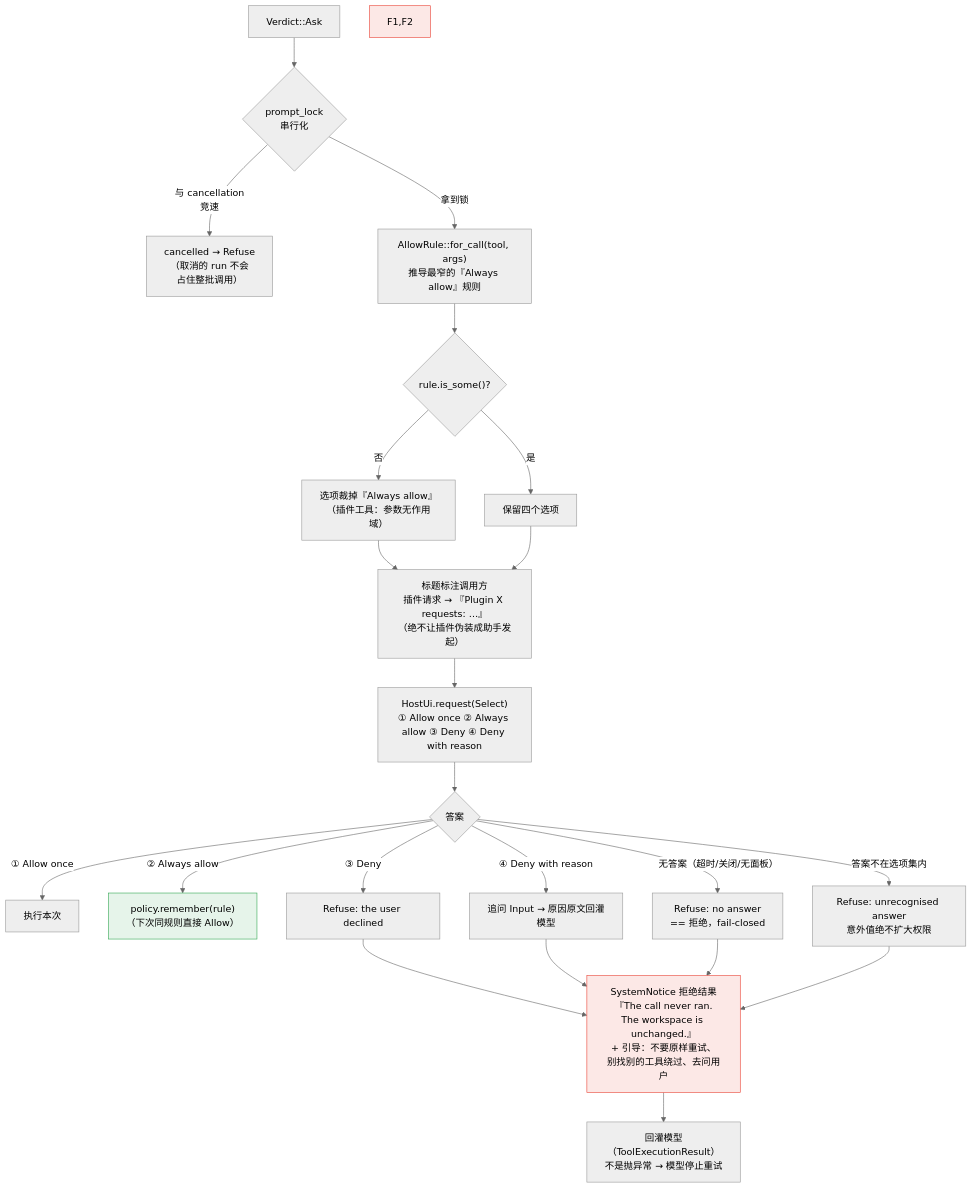
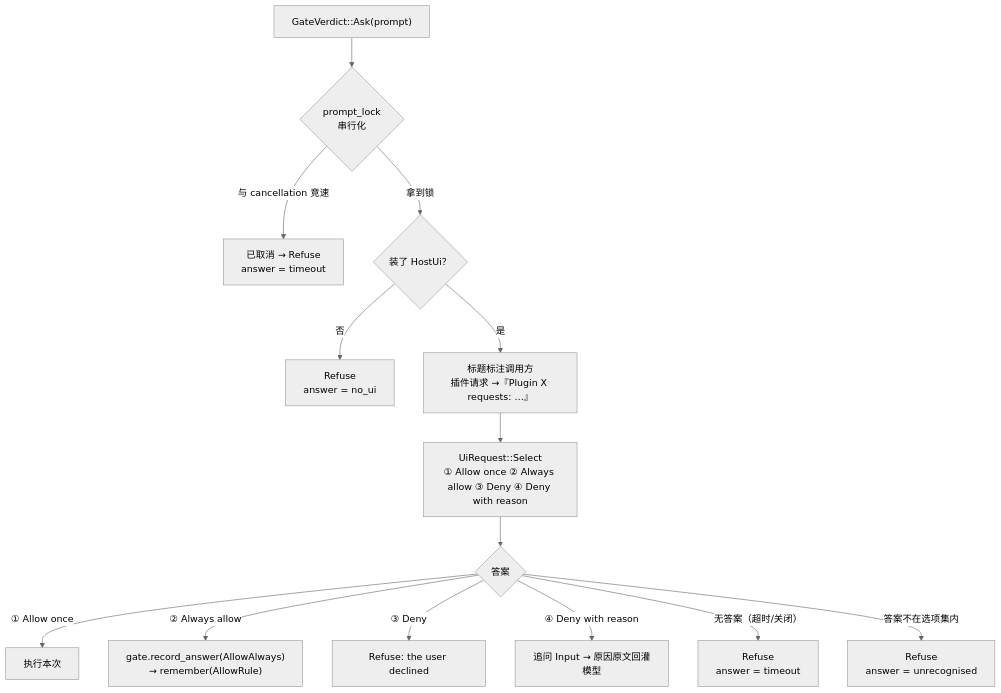
The third of 6 diagrams in docs/permission-structure.md (lucacicii/thunder), drawn with Mermaid (neutral theme) before and after one commit. The commit also changed other lines of this file and 22 other files, not shown here.

````diff
--- a/docs/permission-structure.md
+++ b/docs/permission-structure.md
@@ -166,32 +166,16 @@
 ```mermaid
 flowchart TB
-    A["Verdict::Ask"] --> L{"prompt_lock<br/>串行化"}
-    L -->|"与 cancellation<br/>竞速"| CANC["cancelled → Refuse<br/>（取消的 run 不会<br/>占住整批调用）"]
-    L -->|拿到锁| R["AllowRule::for_call(tool, args)<br/>推导最窄的『Always allow』规则"]
-
-    R --> FILTER{"rule.is_some()?"}
-    FILTER -->|否| O1["选项裁掉『Always allow』<br/>（插件工具：参数无作用域）"]
-    FILTER -->|是| O2["保留四个选项"]
-    O1 --> TITLE
-    O2 --> TITLE["标题标注调用方<br/>插件请求 → 『Plugin X requests: …』<br/>（绝不让插件伪装成助手发起）"]
-    TITLE --> DIALOG["HostUi.request(Select)<br/>① Allow once ② Always allow ③ Deny ④ Deny with reason"]
-
+    A["GateVerdict::Ask(prompt)"] --> L{"prompt_lock<br/>串行化"}
+    L -->|"与 cancellation 竞速"| CANC["已取消 → Refuse<br/>answer = timeout"]
+    L -->|拿到锁| UI{"装了 HostUi？"}
+    UI -->|否| NOUI["Refuse<br/>answer = no_ui"]
+    UI -->|是| TITLE["标题标注调用方<br/>插件请求 →『Plugin X requests: …』"]
+    TITLE --> DIALOG["UiRequest::Select<br/>① Allow once ② Always allow ③ Deny ④ Deny with reason"]
     DIALOG --> ANS{"答案"}
     ANS -->|"① Allow once"| A1["执行本次"]
-    ANS -->|"② Always allow"| A2["policy.remember(rule)<br/>（下次同规则直接 Allow）"]
+    ANS -->|"② Always allow"| A2["gate.record_answer(AllowAlways)<br/>→ remember(AllowRule)"]
     ANS -->|"③ Deny"| A3["Refuse: the user declined"]
     ANS -->|"④ Deny with reason"| A4["追问 Input → 原因原文回灌模型"]
-    ANS -->|"无答案（超时/关闭/无面板）"| F1["Refuse: no answer<br/>== 拒绝，fail-closed"]
-    ANS -->|"答案不在选项集内"| F2["Refuse: unrecognised answer<br/>意外值绝不扩大权限"]
-
-    A3 --> REJ
-    A4 --> REJ
-    F1 --> REJ
-    F2 --> REJ
-    REJ["SystemNotice 拒绝结果<br/>『The call never ran.<br/>The workspace is unchanged.』<br/>+ 引导：不要原样重试、<br/>别找别的工具绕过、去问用户"]
-    REJ --> MODEL["回灌模型（ToolExecutionResult）<br/>不是抛异常 → 模型停止重试"]
-
-    style F1,F2 fill:#fce8e6,stroke:#ea4335
-    style REJ fill:#fce8e6,stroke:#ea4335
-    style A2 fill:#e6f4ea,stroke:#34a853
+    ANS -->|"无答案（超时/关闭）"| F1["Refuse<br/>answer = timeout"]
+    ANS -->|"答案不在选项集内"| F2["Refuse<br/>answer = unrecognised"]
 ```
````
